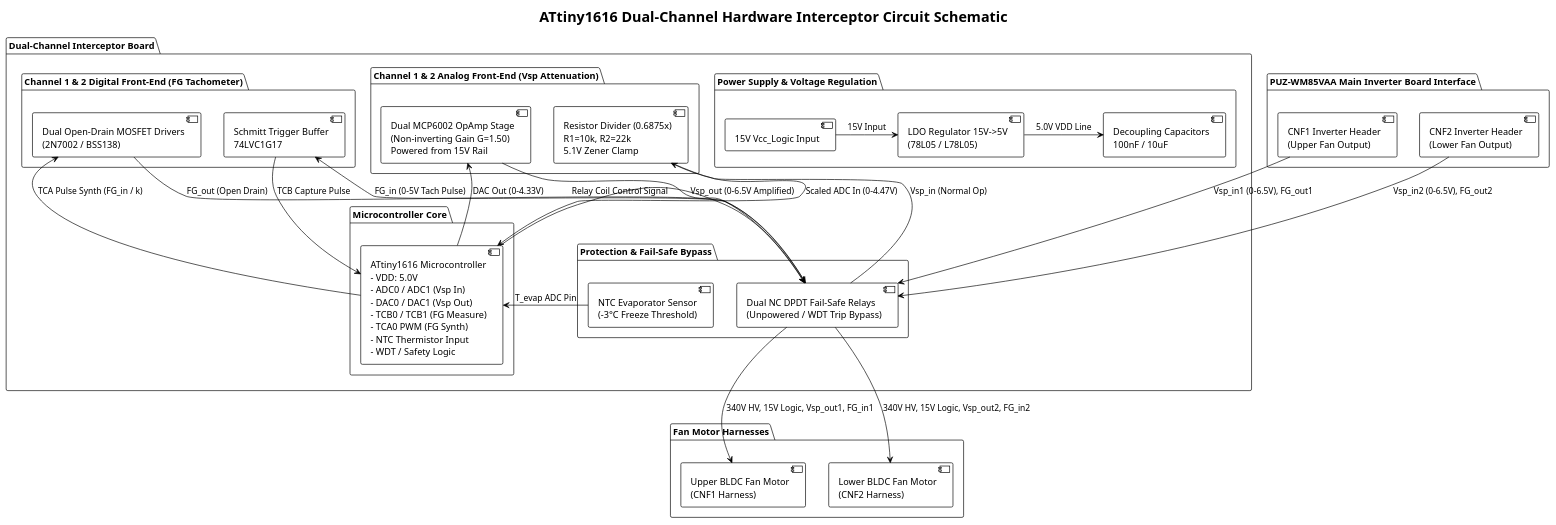
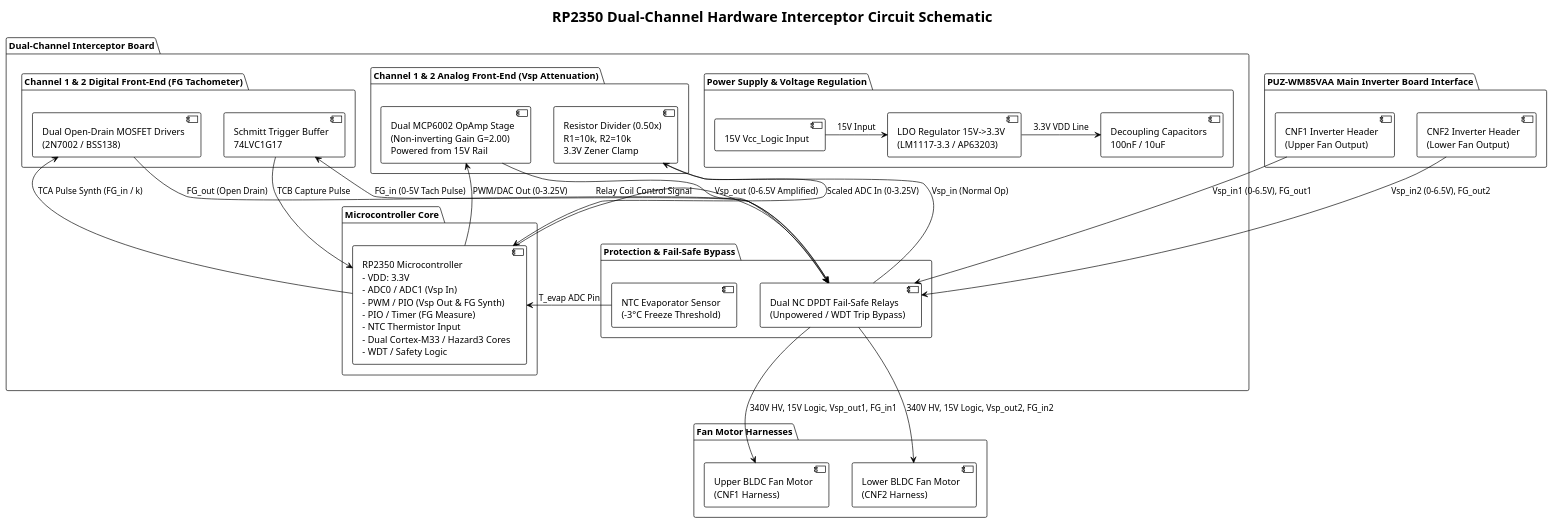
Before and after one commit to chatelao/Mitsubishi-Electric-Ecodan_PUZ-WM85VAA: the diagram in src/hardware/interceptor_schematic.puml, drawn with PlantUML. The commit also changed 9 other files, not shown here.

Commit message:
Update interceptor microcontroller to RP2350 across docs & code

```diff
--- a/src/hardware/interceptor_schematic.puml
+++ b/src/hardware/interceptor_schematic.puml
@@ -1,69 +1,69 @@
-@startuml ATtiny1616_Dual_Channel_Interceptor_Schematic
+@startuml RP2350_Dual_Channel_Interceptor_Schematic
 !theme plain
 skinparam componentStyle uml2
 skinparam boxPadding 10
 
-title ATtiny1616 Dual-Channel Hardware Interceptor Circuit Schematic
+title RP2350 Dual-Channel Hardware Interceptor Circuit Schematic
 
 package "PUZ-WM85VAA Main Inverter Board Interface" {
   component [CNF1 Inverter Header\n(Upper Fan Output)] as CNF1_IN
   component [CNF2 Inverter Header\n(Lower Fan Output)] as CNF2_IN
 }
 
 package "Dual-Channel Interceptor Board" {
 
   package "Power Supply & Voltage Regulation" {
     component [15V Vcc_Logic Input] as Vcc15
-    component [LDO Regulator 15V->5V\n(78L05 / L78L05)] as LDO
+    component [LDO Regulator 15V->3.3V\n(LM1117-3.3 / AP63203)] as LDO
     component [Decoupling Capacitors\n100nF / 10uF] as Decoup
     Vcc15 -> LDO : "15V Input"
-    LDO -> Decoup : "5.0V VDD Line"
+    LDO -> Decoup : "3.3V VDD Line"
   }
 
   package "Channel 1 & 2 Analog Front-End (Vsp Attenuation)" {
-    component [Resistor Divider (0.6875x)\nR1=10k, R2=22k\n5.1V Zener Clamp] as Div12
-    component [Dual MCP6002 OpAmp Stage\n(Non-inverting Gain G=1.50)\nPowered from 15V Rail] as OpAmp12
+    component [Resistor Divider (0.50x)\nR1=10k, R2=10k\n3.3V Zener Clamp] as Div12
+    component [Dual MCP6002 OpAmp Stage\n(Non-inverting Gain G=2.00)\nPowered from 15V Rail] as OpAmp12
   }
 
   package "Channel 1 & 2 Digital Front-End (FG Tachometer)" {
     component [Schmitt Trigger Buffer\n74LVC1G17] as Schmitt
     component [Dual Open-Drain MOSFET Drivers\n(2N7002 / BSS138)] as ODFET
   }
 
   package "Microcontroller Core" {
-    component [ATtiny1616 Microcontroller\n- VDD: 5.0V\n- ADC0 / ADC1 (Vsp In)\n- DAC0 / DAC1 (Vsp Out)\n- TCB0 / TCB1 (FG Measure)\n- TCA0 PWM (FG Synth)\n- NTC Thermistor Input\n- WDT / Safety Logic] as MCU
+    component [RP2350 Microcontroller\n- VDD: 3.3V\n- ADC0 / ADC1 (Vsp In)\n- PWM / PIO (Vsp Out & FG Synth)\n- PIO / Timer (FG Measure)\n- NTC Thermistor Input\n- Dual Cortex-M33 / Hazard3 Cores\n- WDT / Safety Logic] as MCU
   }
 
   package "Protection & Fail-Safe Bypass" {
     component [NTC Evaporator Sensor\n(-3°C Freeze Threshold)] as NTC
     component [Dual NC DPDT Fail-Safe Relays\n(Unpowered / WDT Trip Bypass)] as Relay
   }
 
   CNF1_IN --> Relay : "Vsp_in1 (0-6.5V), FG_out1"
   CNF2_IN --> Relay : "Vsp_in2 (0-6.5V), FG_out2"
 
   Relay --> Div12 : "Vsp_in (Normal Op)"
-  Div12 --> MCU : "Scaled ADC In (0-4.47V)"
+  Div12 --> MCU : "Scaled ADC In (0-3.25V)"
 
-  MCU --> OpAmp12 : "DAC Out (0-4.33V)"
+  MCU --> OpAmp12 : "PWM/DAC Out (0-3.25V)"
   OpAmp12 --> Relay : "Vsp_out (0-6.5V Amplified)"
 
   Relay --> Schmitt : "FG_in (0-5V Tach Pulse)"
   Schmitt --> MCU : "TCB Capture Pulse"
 
   MCU --> ODFET : "TCA Pulse Synth (FG_in / k)"
   ODFET --> Relay : "FG_out (Open Drain)"
 
   NTC --> MCU : "T_evap ADC Pin"
   MCU --> Relay : "Relay Coil Control Signal"
 }
 
 package "Fan Motor Harnesses" {
   component [Upper BLDC Fan Motor\n(CNF1 Harness)] as Fan1
   component [Lower BLDC Fan Motor\n(CNF2 Harness)] as Fan2
 }
 
 Relay --> Fan1 : "340V HV, 15V Logic, Vsp_out1, FG_in1"
 Relay --> Fan2 : "340V HV, 15V Logic, Vsp_out2, FG_in2"
 
 @enduml
```
